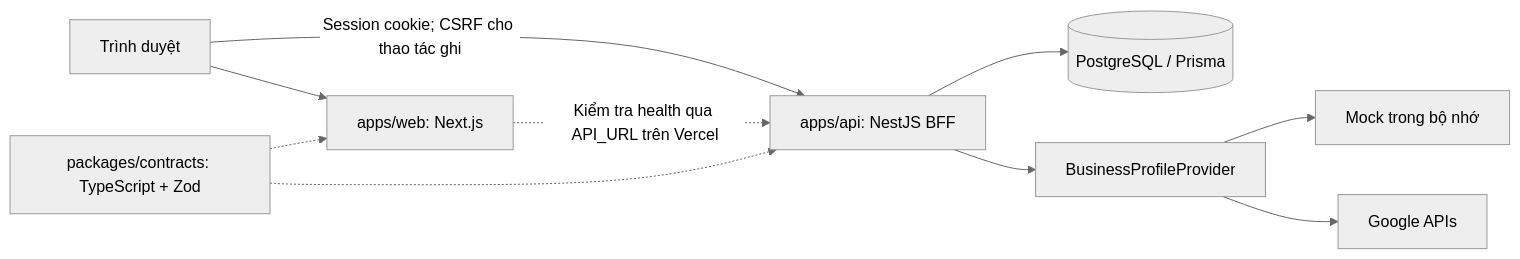
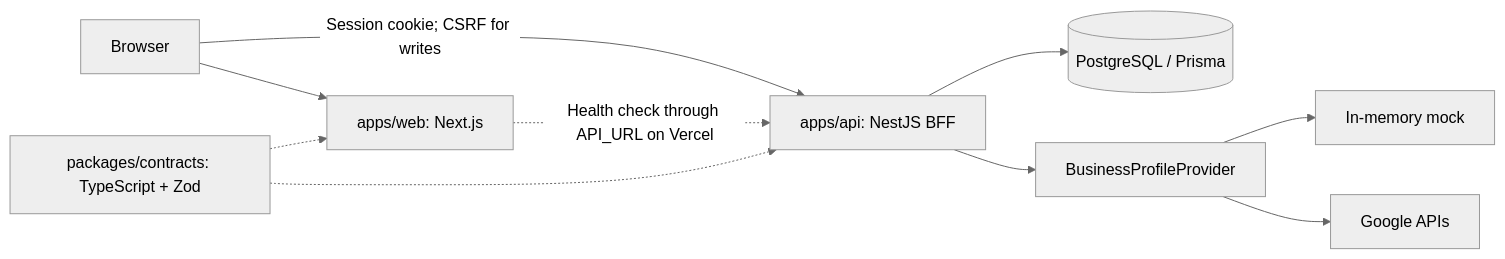
The second of 2 diagrams in README.md (richiedoan/google-business-profile-manager), drawn with Mermaid (neutral theme) before and after one commit. The commit also changed other lines of this file, not shown here.

````diff
--- a/README.md
+++ b/README.md
@@ -95,12 +99,12 @@
 ```mermaid
 flowchart LR
-  U[Trình duyệt] --> W[apps/web: Next.js]
-  U -->|Session cookie; CSRF cho thao tác ghi| A[apps/api: NestJS BFF]
-  W -. Kiểm tra health qua API_URL trên Vercel .-> A
+  U[Browser] --> W[apps/web: Next.js]
+  U -->|Session cookie; CSRF for writes| A[apps/api: NestJS BFF]
+  W -. Health check through API_URL on Vercel .-> A
   A --> DB[(PostgreSQL / Prisma)]
   A --> P[BusinessProfileProvider]
-  P --> M[Mock trong bộ nhớ]
+  P --> M[In-memory mock]
   P --> G[Google APIs]
   C[packages/contracts: TypeScript + Zod] -.-> W
   C -.-> A
 ```
````
